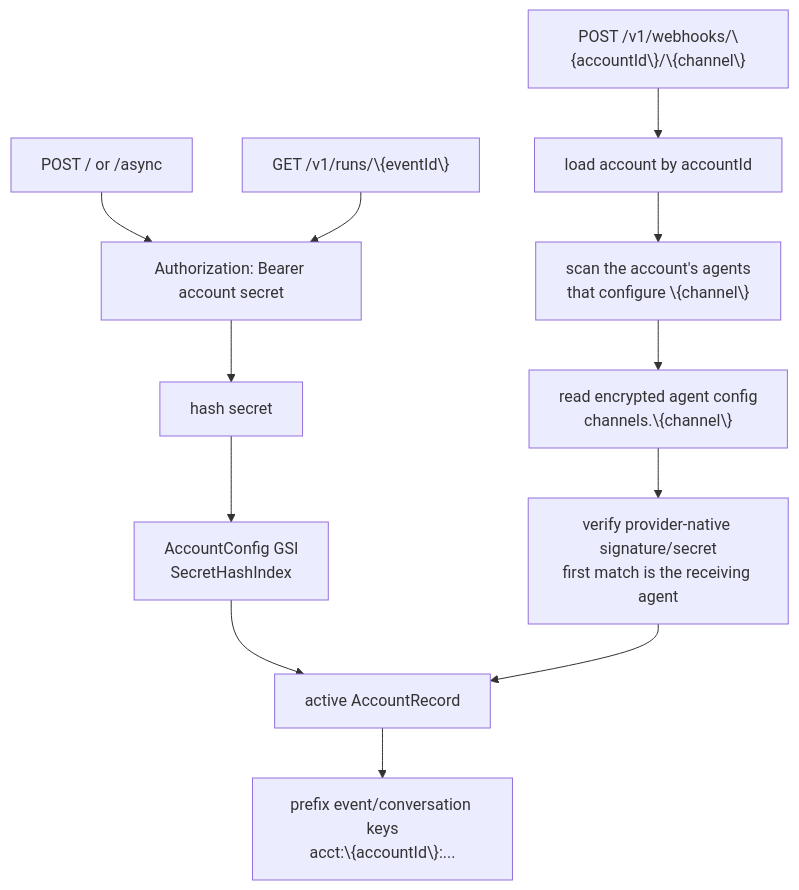
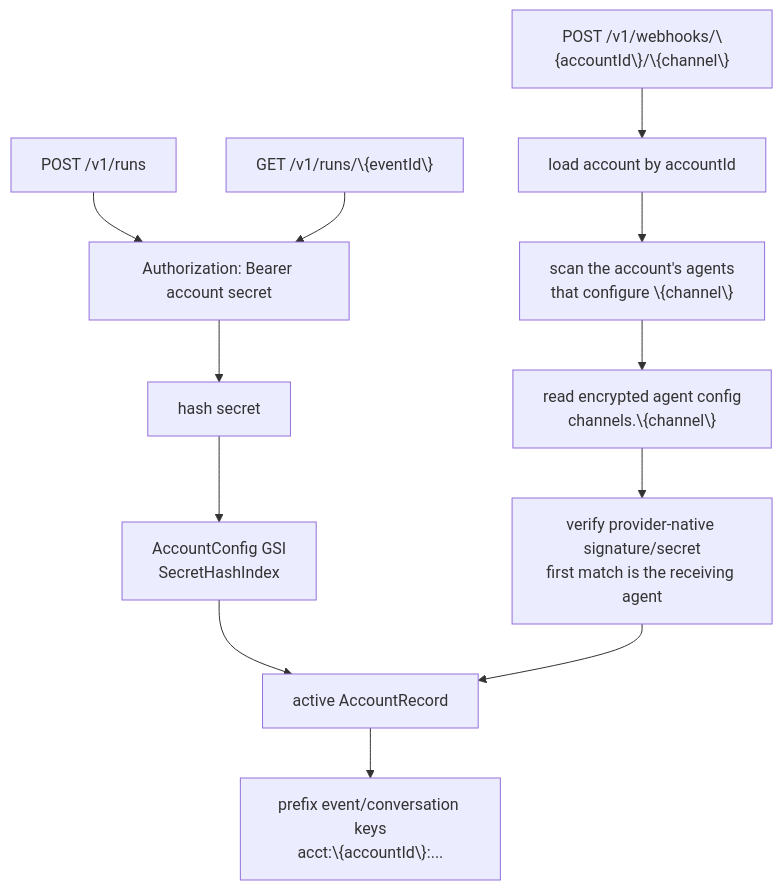
One commit to beeblastco/broods changed the fourth of 12 diagrams in apps/docs/docs/architecture.md. Above: the diagram before and after it, drawn with Mermaid. The commit also changed other lines of this file and 23 other files, not shown here.

````diff
--- a/apps/docs/docs/architecture.md
+++ b/apps/docs/docs/architecture.md
@@ -103,16 +103,16 @@
 ```mermaid
 flowchart TD
-  Direct["POST / or /async"] --> Bearer["Authorization: Bearer account secret"]
+  Direct["POST /v1/runs"] --> Bearer["Authorization: Bearer account secret"]
   Status["GET /v1/runs/\{eventId\}"] --> Bearer
   Bearer --> Hash["hash secret"]
   Hash --> Lookup["AccountConfig GSI<br/>SecretHashIndex"]
   Lookup --> Account["active AccountRecord"]
 
   Webhook["POST /v1/webhooks/\{accountId\}/\{channel\}"] --> Load["load account by accountId"]
   Load --> AgentLookup["scan the account's agents<br/>that configure \{channel\}"]
   AgentLookup --> ChannelConfig["read encrypted agent config<br/>channels.\{channel\}"]
   ChannelConfig --> Verify["verify provider-native signature/secret<br/>first match is the receiving agent"]
   Verify --> Account
 
   Account --> Namespace["prefix event/conversation keys<br/>acct:\{accountId\}:..."]
 ```
````
